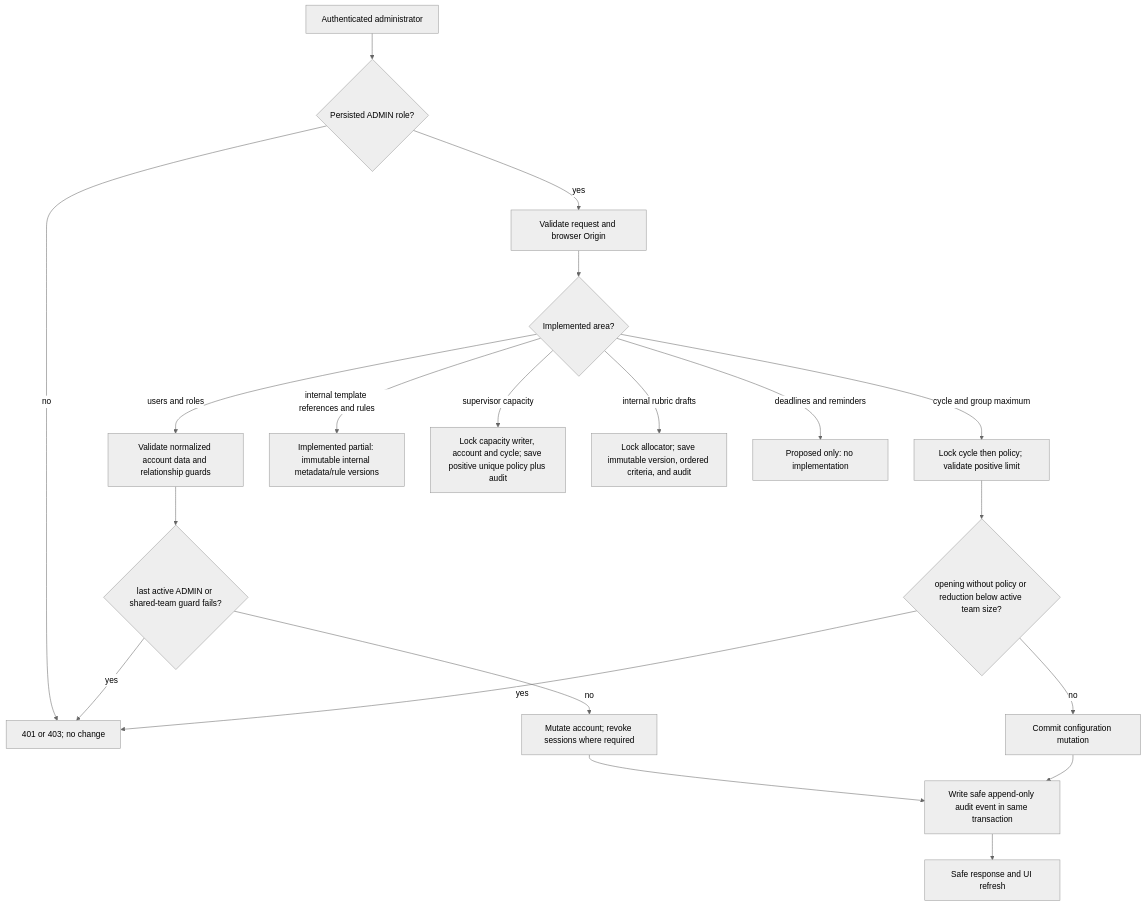
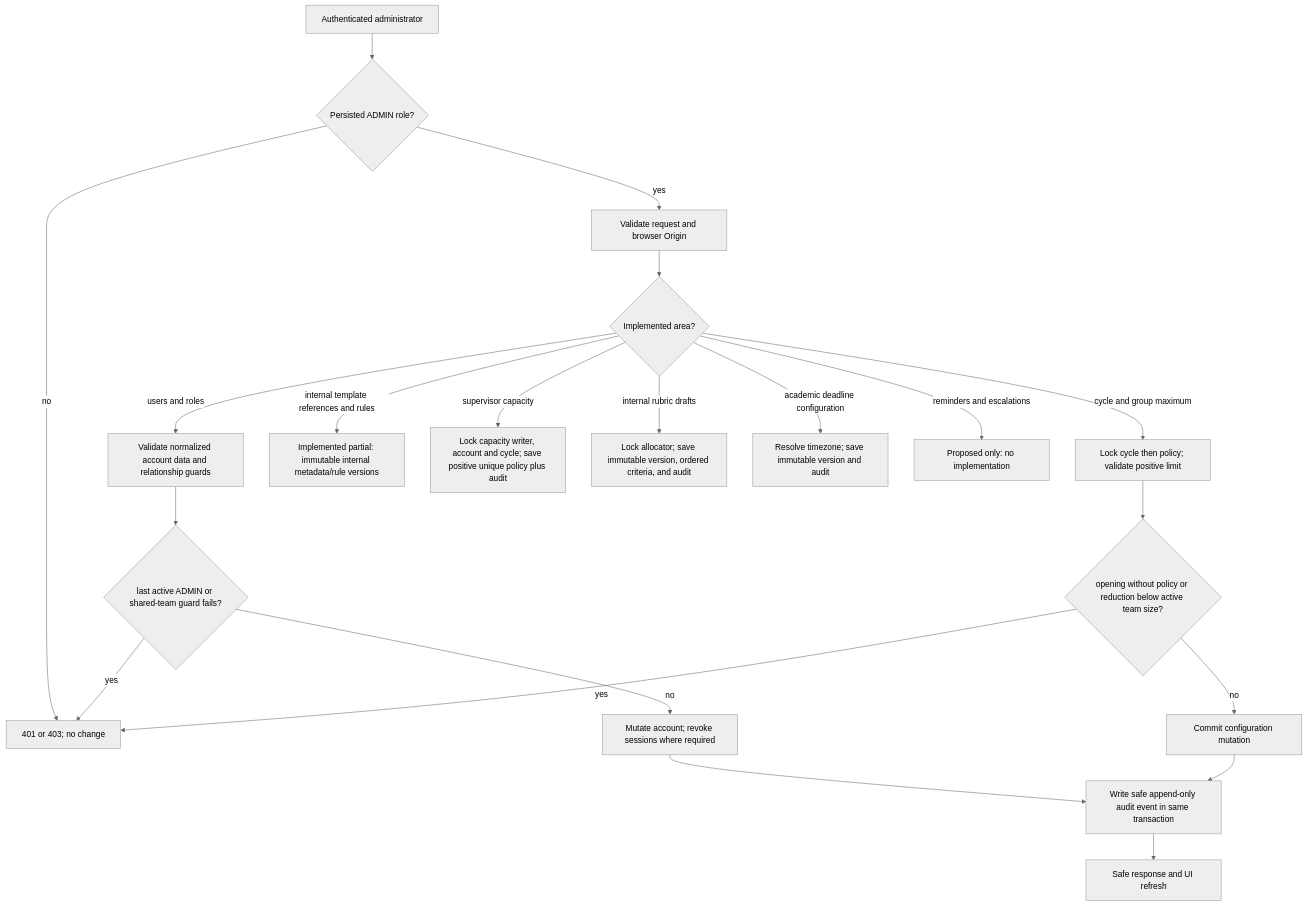
One commit to farazd63/FYPHub changed the third of 8 diagrams in docs/p1-workflows.md. Above: the diagram before and after it, drawn with Mermaid (neutral theme). The commit also changed other lines of this file and 12 other files, not shown here.

Commit message:
Add versioned academic deadlines with timezone validation

````diff
--- a/docs/p1-workflows.md
+++ b/docs/p1-workflows.md
@@ -50,22 +50,23 @@
 ```mermaid
 flowchart TD
     A[Authenticated administrator] --> B{Persisted ADMIN role?}
     B -- no --> X[401 or 403; no change]
     B -- yes --> C[Validate request and browser Origin]
     C --> D{Implemented area?}
     D -->|users and roles| E[Validate normalized account data and relationship guards]
     D -->|cycle and group maximum| F[Lock cycle then policy; validate positive limit]
     D -->|internal template references and rules| P[Implemented partial: immutable internal metadata/rule versions]
     D -->|supervisor capacity| R[Lock capacity writer, account and cycle; save positive unique policy plus audit]
     D -->|internal rubric drafts| S[Lock allocator; save immutable version, ordered criteria, and audit]
-    D -->|deadlines and reminders| Q[Proposed only: no implementation]
+    D -->|academic deadline configuration| T[Resolve timezone; save immutable version and audit]
+    D -->|reminders and escalations| Q[Proposed only: no implementation]
     E --> G{last active ADMIN or shared-team guard fails?}
     G -- yes --> X
     G -- no --> H[Mutate account; revoke sessions where required]
     F --> I{opening without policy or reduction below active team size?}
     I -- yes --> X
     I -- no --> J[Commit configuration mutation]
     H --> K[Write safe append-only audit event in same transaction]
     J --> K
     K --> L[Safe response and UI refresh]
 ```
````
